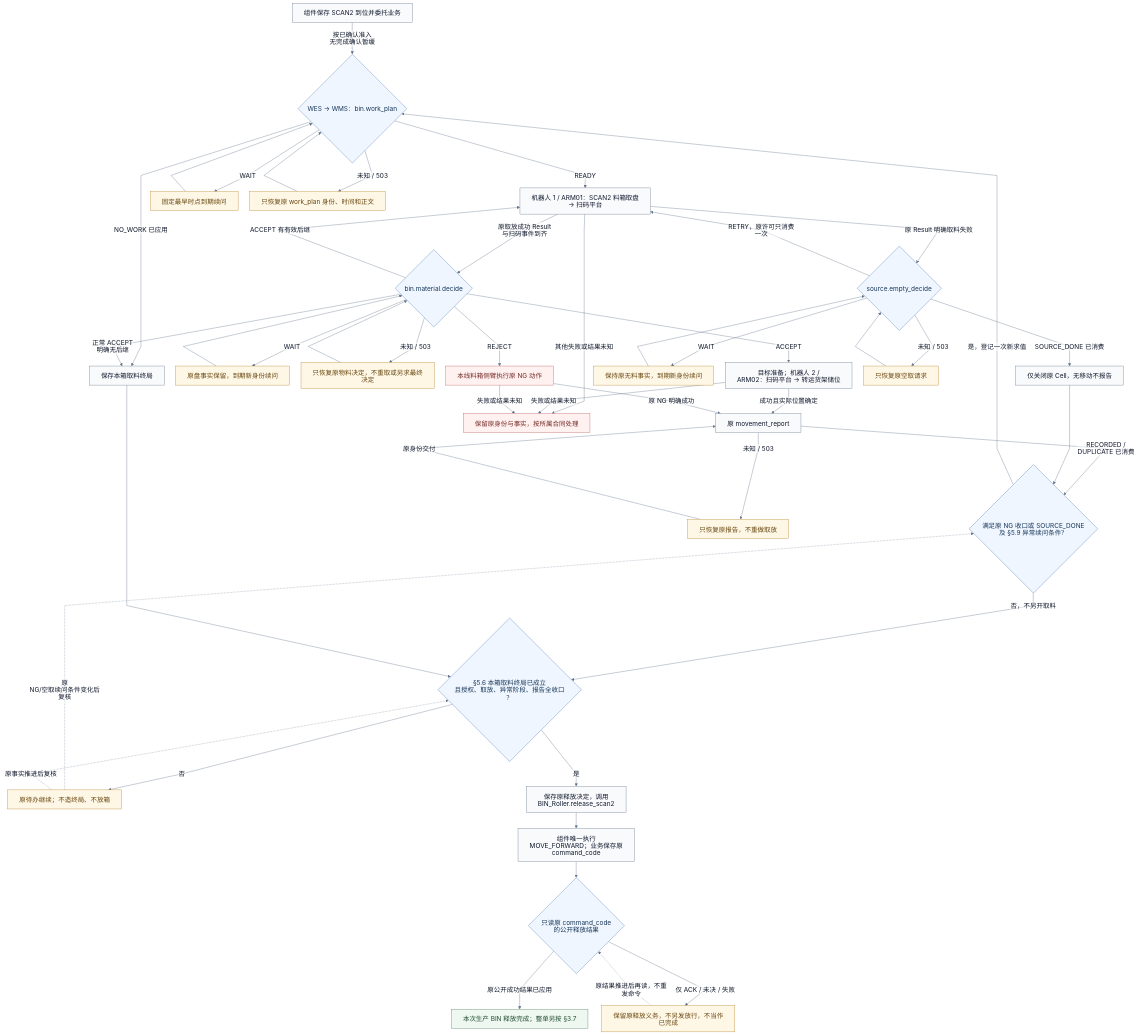
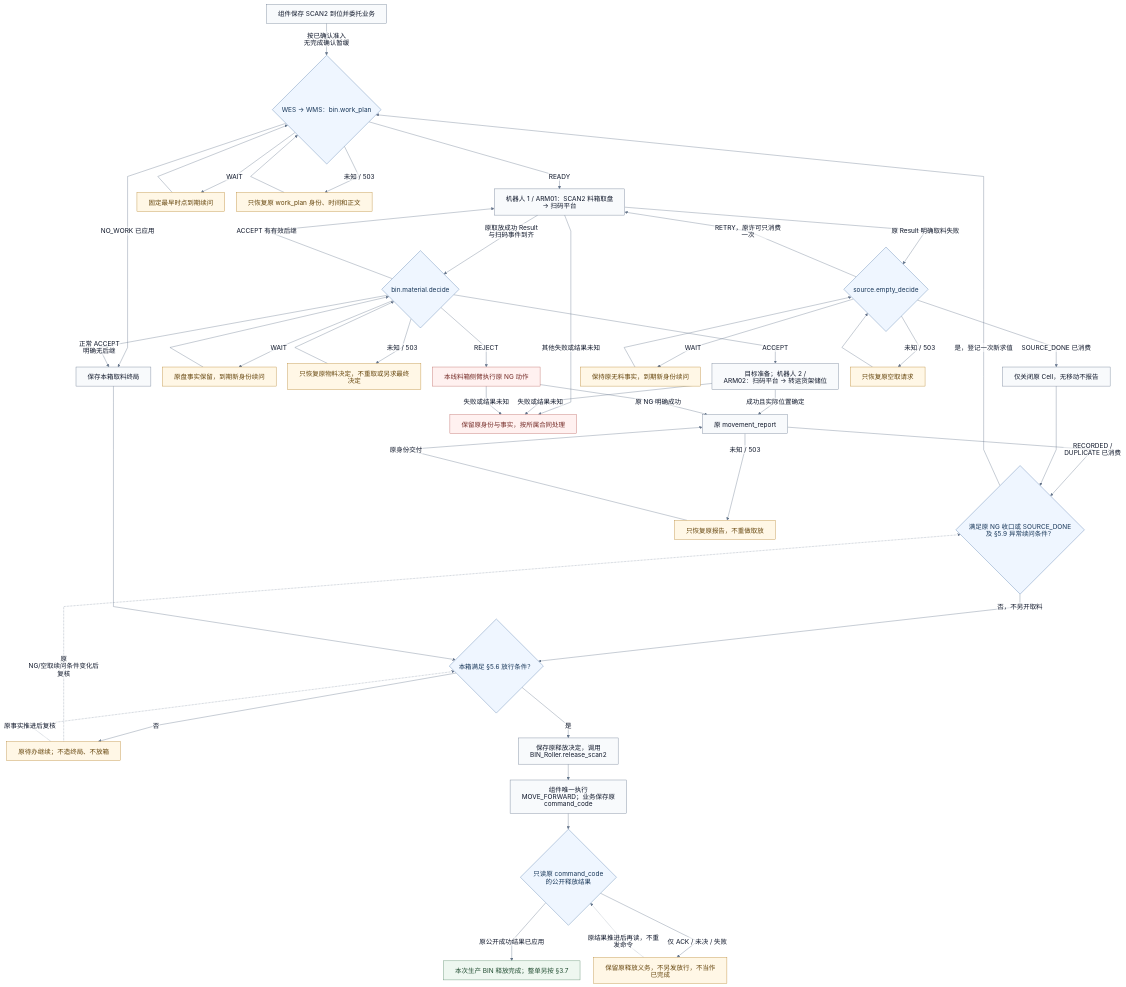
One commit to kaizhoumasha/maintenance-admin changed the second of 4 diagrams in docs/integrations/smt-auto-api.md. Above: the diagram before and after it, drawn with Mermaid. The commit also changed other lines of this file and 3 other files, not shown here.

````diff
--- a/docs/integrations/smt-auto-api.md
+++ b/docs/integrations/smt-auto-api.md
@@ -238,56 +238,56 @@
 ```mermaid
 %%{init: {"htmlLabels":false,"theme":"base","flowchart":{"htmlLabels":false,"padding":16,"nodeSpacing":32,"rankSpacing":44,"curve":"linear","wrappingWidth":320,"diagramPadding":20},"themeVariables":{"fontFamily":"sans-serif","fontSize":"18px","lineColor":"#64748b","edgeLabelBackground":"#ffffff","primaryColor":"#f8fafc","primaryTextColor":"#0f172a","primaryBorderColor":"#64748b"},"fontFamily":"sans-serif"}}%%
 flowchart TB
     B0["组件保存 SCAN2 到位并委托业务"] -->|按已确认准入<br/>无完成确认暂缓| B1{"WES → WMS：bin.work_plan"}
     B1 -->|READY| B2["机器人 1 / ARM01：SCAN2 料箱取盘 → 扫码平台"]
     B1 -->|WAIT| BW["固定最早时点到期续问"]
     BW --> B1
     B1 -->|未知 / 503| BWP["只恢复原 work_plan 身份、时间和正文"]
     BWP --> B1
     B1 -->|NO_WORK 已应用| BT["保存本箱取料终局"]
     B2 -->|原取放成功 Result 与扫码事件到齐| B3{"bin.material.decide"}
     B3 -->|WAIT| BDW["原盘事实保留，到期新身份续问"]
     BDW --> B3
     B3 -->|未知 / 503| BMP["只恢复原物料决定，不重取或另求最终决定"]
     BMP --> B3
     B3 -->|ACCEPT| B4["目标准备；机器人 2 / ARM02：扫码平台 → 转运货架储位"]
     B3 -->|ACCEPT 有有效后继| B2
     B3 -->|正常 ACCEPT 明确无后继| BT
     B3 -->|REJECT| BNG["本线料箱侧臂执行原 NG 动作"]
     B4 -->|成功且实际位置确定| B5["原 movement_report"]
     BNG -->|原 NG 明确成功| B5
     B5 -->|RECORDED / DUPLICATE 已消费| BA{"满足原 NG 收口或 SOURCE_DONE<br/>及 §5.9 异常续问条件？"}
     B5 -->|未知 / 503| BREP["只恢复原报告，不重做取放"]
     BREP -->|原身份交付| B5
     B2 -->|原 Result 明确取料失败| BE{"source.empty_decide"}
     BE -->|WAIT| BEW["保持原无料事实，到期新身份续问"]
     BEW --> BE
     BE -->|RETRY，原许可只消费一次| B2
     BE -->|SOURCE_DONE 已消费| BSC["仅关闭原 Cell，无移动不报告"]
     BSC --> BA
     BA -->|是，登记一次新求值| B1
-    BA -->|否，不另开取料| BC{"§5.6 本箱取料终局已成立<br/>且授权、取放、异常阶段、报告全收口？"}
+    BA -->|否，不另开取料| BC{"本箱满足 §5.6 放行条件？"}
     BT --> BC
     BC -->|否| BP["原待办继续；不造终局、不放箱"]
     BP -.->|原 NG/空取续问条件变化后复核| BA
     BP -.->|原事实推进后复核| BC
     BC -->|是| B6["保存原释放决定，调用 BIN_Roller.release_scan2"]
     B6 --> BREL["组件唯一执行 MOVE_FORWARD；业务保存原 command_code"]
     BREL --> BRES{"只读原 command_code 的公开释放结果"}
     BRES -->|原公开成功结果已应用| BDONE["本次生产 BIN 释放完成；整单另按 §3.7"]
     BRES -->|仅 ACK / 未决 / 失败| BH["保留原释放义务，不另发放行，不当作已完成"]
     BH -.->|原结果推进后再读，不重发命令| BRES
     B2 -->|其他失败或结果未知| BU["保留原身份与事实，按所属合同处理"]
     B4 -->|失败或结果未知| BU
     BNG -->|失败或结果未知| BU
     BE -->|未知 / 503| BUP["只恢复原空取请求"]
     BUP --> BE
     classDef decision fill:#eff6ff,stroke:#4d76a8,color:#173658
     classDef waiting fill:#fff7e6,stroke:#b58127,color:#65450c
     classDef attention fill:#fff1f0,stroke:#b85d58,color:#742a26
     classDef done fill:#eef7f0,stroke:#508462,color:#214d31
     class B1,B3,BE,BA,BC,BRES decision
     class BW,BDW,BEW,BP,BREP,BH,BUP,BWP,BMP waiting
     class BNG,BU attention
     class BDONE done
 ```
````
